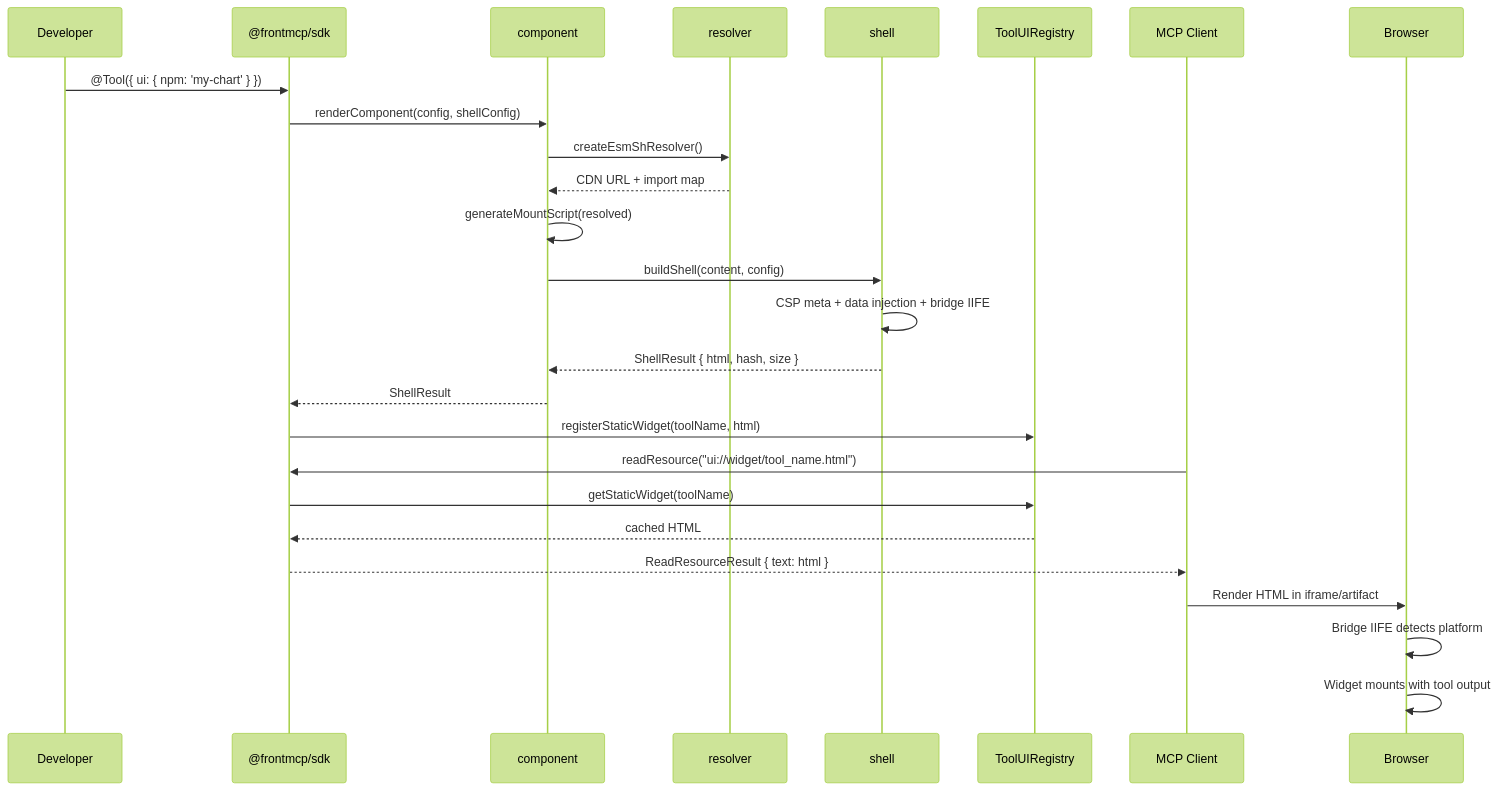
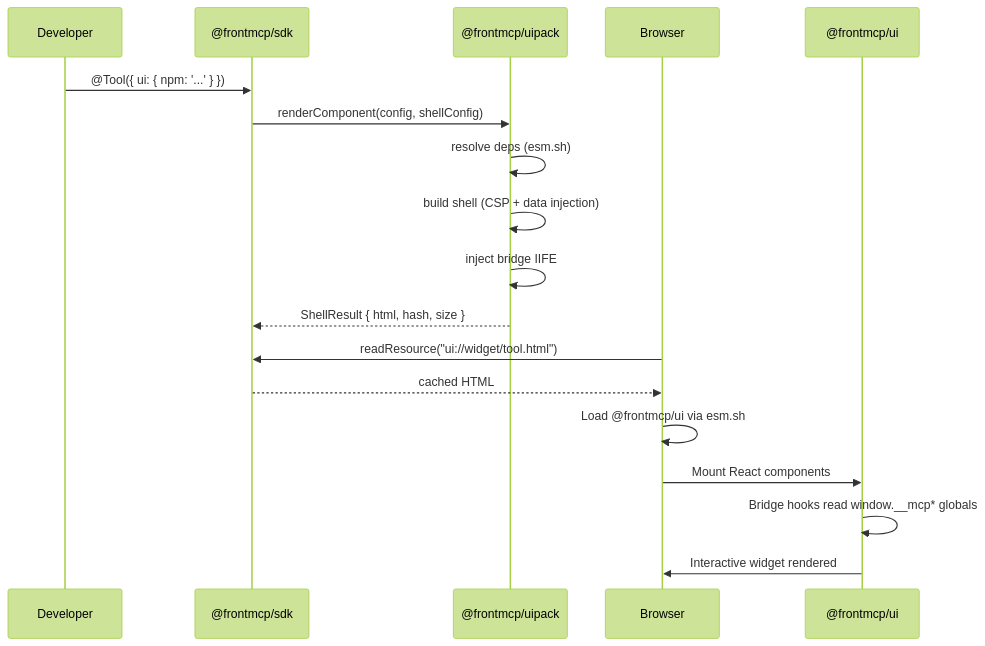
Before and after one commit to agentfront/frontmcp: the third of 3 diagrams in libs/uipack/README.md, drawn with Mermaid (forest theme). The commit also changed other lines of this file and 21 other files, not shown here.

````diff
--- a/libs/uipack/README.md
+++ b/libs/uipack/README.md
@@ -77,31 +339,23 @@
 ```mermaid
 sequenceDiagram
     participant Dev as Developer
     participant SDK as @frontmcp/sdk
-    participant Comp as component
-    participant Res as resolver
-    participant Shell as shell
-    participant Reg as ToolUIRegistry
-    participant Client as MCP Client
-    participant Browser as Browser
+    participant UP as @frontmcp/uipack
+    participant Browser
+    participant UI as @frontmcp/ui
 
-    Dev->>SDK: @Tool({ ui: { npm: 'my-chart' } })
-    SDK->>Comp: renderComponent(config, shellConfig)
-    Comp->>Res: createEsmShResolver()
-    Res-->>Comp: CDN URL + import map
-    Comp->>Comp: generateMountScript(resolved)
-    Comp->>Shell: buildShell(content, config)
-    Shell->>Shell: CSP meta + data injection + bridge IIFE
-    Shell-->>Comp: ShellResult { html, hash, size }
-    Comp-->>SDK: ShellResult
-    SDK->>Reg: registerStaticWidget(toolName, html)
+    Dev->>SDK: @Tool({ ui: { npm: '...' } })
+    SDK->>UP: renderComponent(config, shellConfig)
+    UP->>UP: resolve deps (esm.sh)
+    UP->>UP: build shell (CSP + data injection)
+    UP->>UP: inject bridge IIFE
+    UP-->>SDK: ShellResult { html, hash, size }
 
-    Client->>SDK: readResource("ui://widget/tool_name.html")
-    SDK->>Reg: getStaticWidget(toolName)
-    Reg-->>SDK: cached HTML
-    SDK-->>Client: ReadResourceResult { text: html }
+    Browser->>SDK: readResource("ui://widget/tool.html")
+    SDK-->>Browser: cached HTML
 
-    Client->>Browser: Render HTML in iframe/artifact
-    Browser->>Browser: Bridge IIFE detects platform
-    Browser->>Browser: Widget mounts with tool output
+    Browser->>Browser: Load @frontmcp/ui via esm.sh
+    Browser->>UI: Mount React components
+    UI->>UI: Bridge hooks read window.__mcp* globals
+    UI->>Browser: Interactive widget rendered
 ```
````
